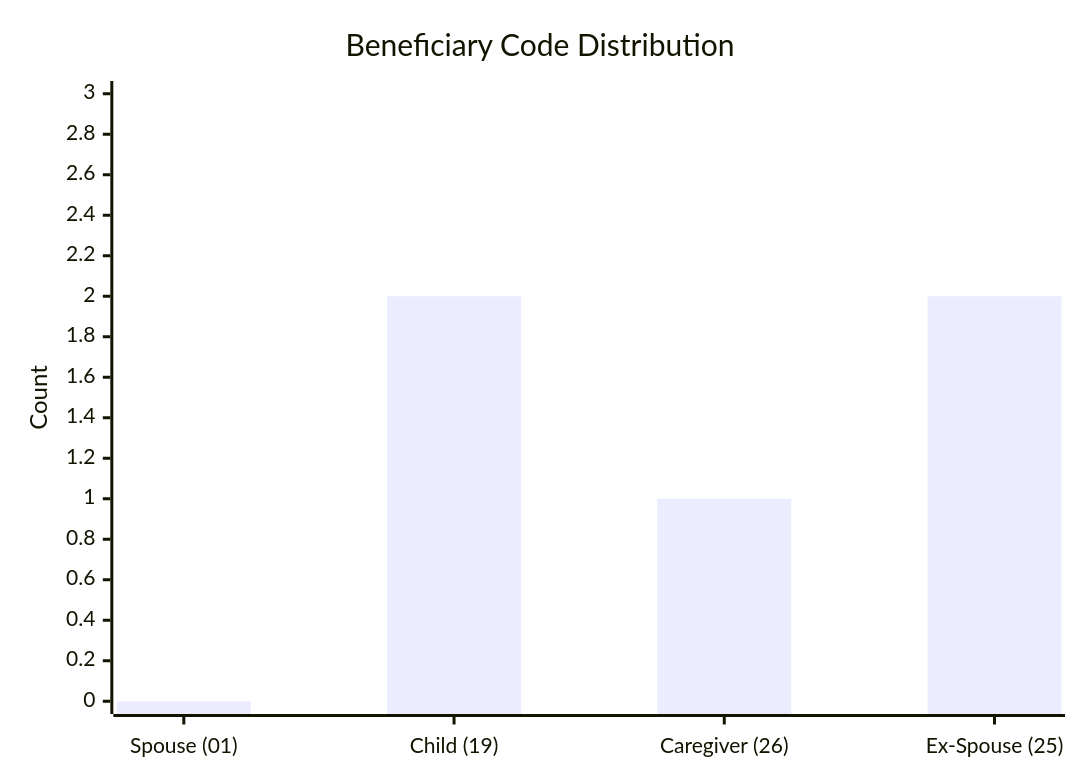
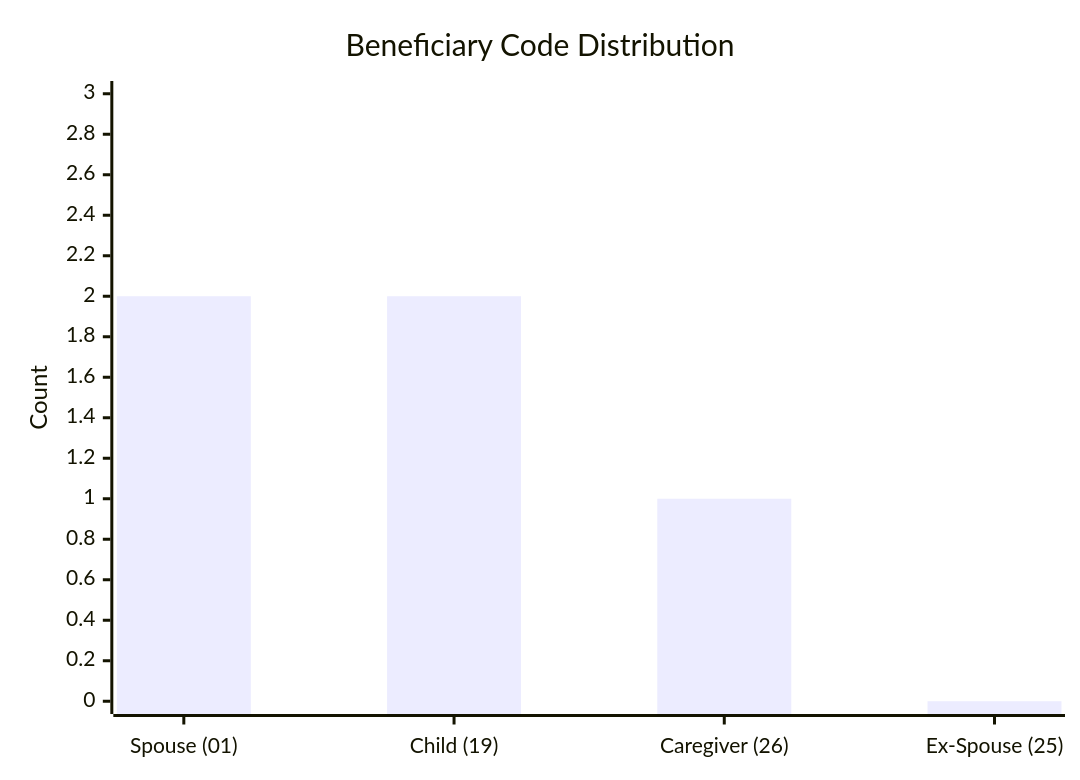
One commit to dhagan-va/intern-2025 changed the seventh of 10 diagrams in test-tools/DataGen/src/Statistics_Visualizer.md. Above: the diagram before and after it, drawn with Mermaid. The commit also changed other lines of this file and 3 other files, not shown here.

````diff
--- a/test-tools/DataGen/src/Statistics_Visualizer.md
+++ b/test-tools/DataGen/src/Statistics_Visualizer.md
@@ -76,7 +76,7 @@
 ```mermaid
 xychart-beta
     title "Beneficiary Code Distribution"
     x-axis ["Spouse (01)", "Child (19)", "Caregiver (26)", "Ex-Spouse (25)"]
     y-axis "Count" 0 --> 3
-    bar [0, 2, 1, 2]
+    bar [2, 2, 1, 0]
 ```
````
